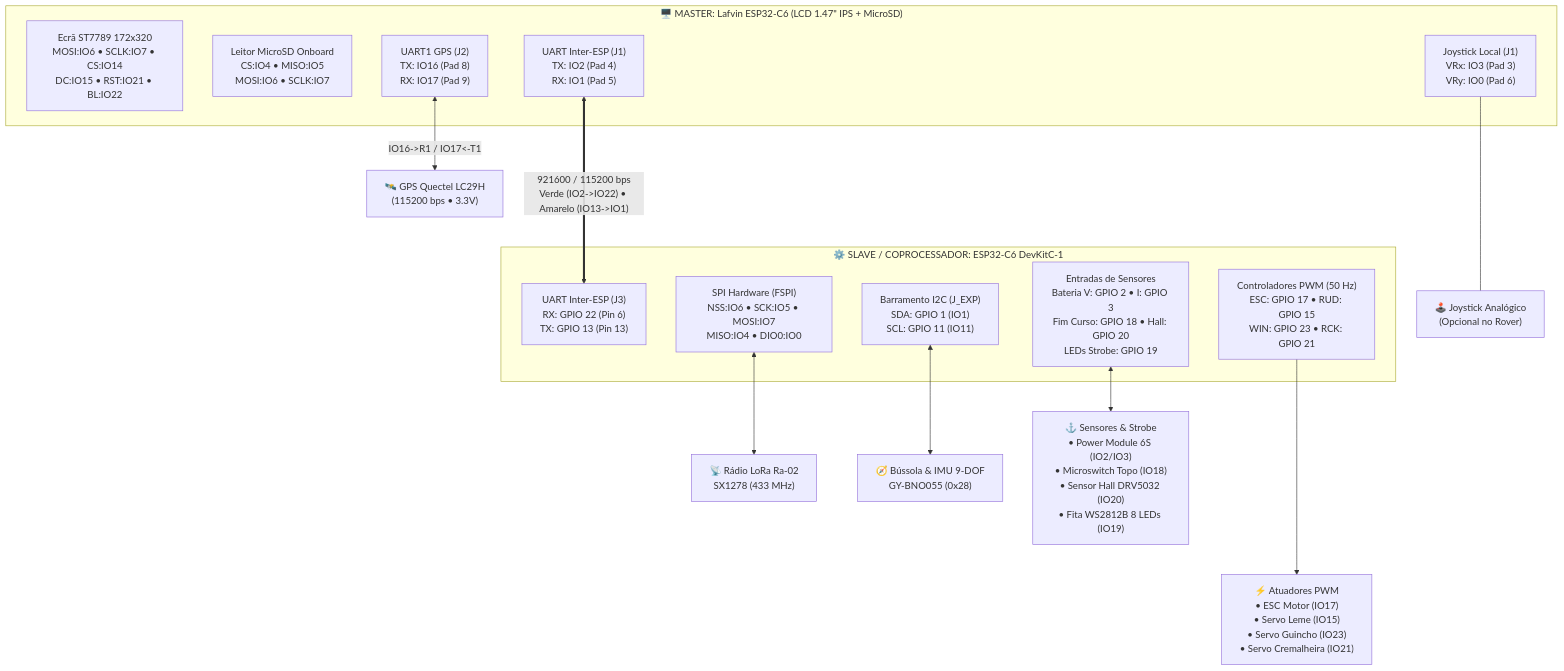
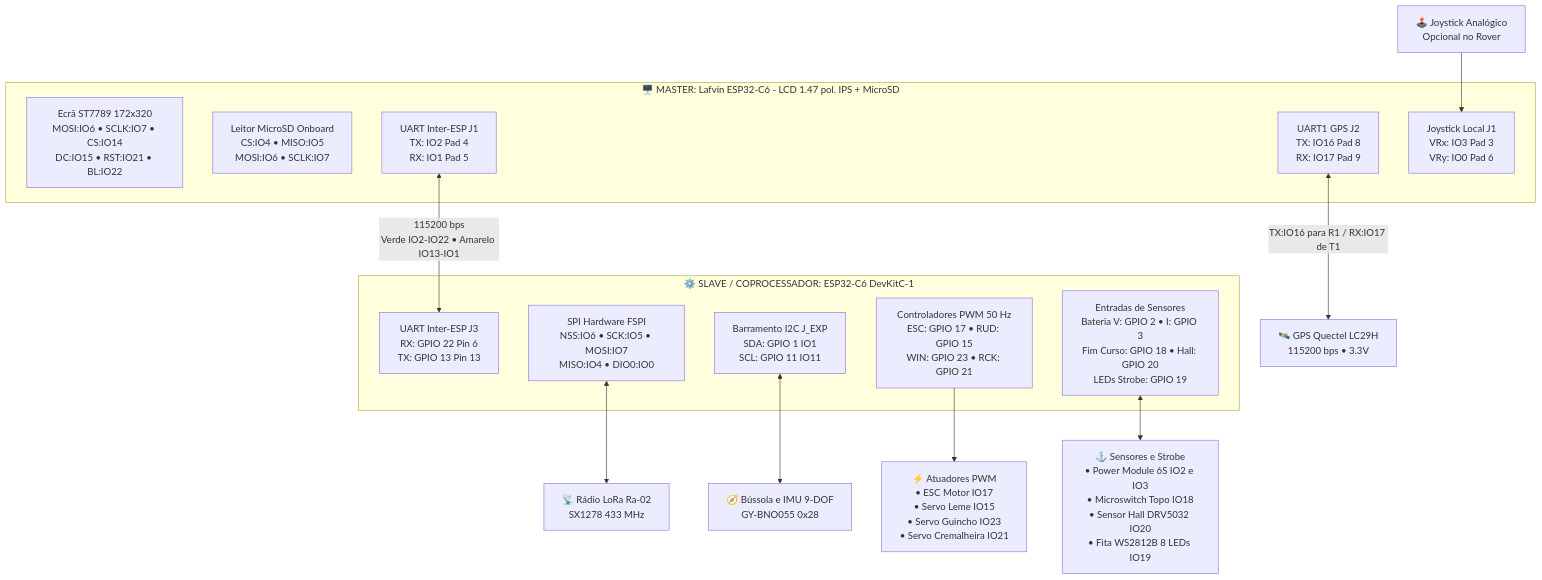
One commit to tiagojanz/winddragons_rover changed the third of 4 diagrams in README.md. Above: the diagram before and after it, drawn with Mermaid. The commit also changed other lines of this file, not shown here.

````diff
--- a/README.md
+++ b/README.md
@@ -96,38 +96,35 @@
 ```mermaid
 flowchart TB
-  subgraph MASTER["🖥️ MASTER: Lafvin ESP32-C6 (LCD 1.47&quot; IPS + MicroSD)"]
+  subgraph MASTER["🖥️ MASTER: Lafvin ESP32-C6 - LCD 1.47 pol. IPS + MicroSD"]
     LCD["Ecrã ST7789 172x320<br/>MOSI:IO6 • SCLK:IO7 • CS:IO14<br/>DC:IO15 • RST:IO21 • BL:IO22"]
     SD["Leitor MicroSD Onboard<br/>CS:IO4 • MISO:IO5<br/>MOSI:IO6 • SCLK:IO7"]
-    M_UART["UART Inter-ESP (J1)<br/>TX: IO2 (Pad 4)<br/>RX: IO1 (Pad 5)"]
-    M_GPS["UART1 GPS (J2)<br/>TX: IO16 (Pad 8)<br/>RX: IO17 (Pad 9)"]
-    M_JOY["Joystick Local (J1)<br/>VRx: IO3 (Pad 3)<br/>VRy: IO0 (Pad 6)"]
+    M_UART["UART Inter-ESP J1<br/>TX: IO2 Pad 4<br/>RX: IO1 Pad 5"]
+    M_GPS["UART1 GPS J2<br/>TX: IO16 Pad 8<br/>RX: IO17 Pad 9"]
+    M_JOY["Joystick Local J1<br/>VRx: IO3 Pad 3<br/>VRy: IO0 Pad 6"]
   end
 
   subgraph SLAVE["⚙️ SLAVE / COPROCESSADOR: ESP32-C6 DevKitC-1"]
-    S_UART["UART Inter-ESP (J3)<br/>RX: GPIO 22 (Pin 6)<br/>TX: GPIO 13 (Pin 13)"]
-    S_LORA["SPI Hardware (FSPI)<br/>NSS:IO6 • SCK:IO5 • MOSI:IO7<br/>MISO:IO4 • DIO0:IO0"]
-    S_I2C["Barramento I2C (J_EXP)<br/>SDA: GPIO 1 (IO1)<br/>SCL: GPIO 11 (IO11)"]
-    S_PWM["Controladores PWM (50 Hz)<br/>ESC: GPIO 17 • RUD: GPIO 15<br/>WIN: GPIO 23 • RCK: GPIO 21"]
+    S_UART["UART Inter-ESP J3<br/>RX: GPIO 22 Pin 6<br/>TX: GPIO 13 Pin 13"]
+    S_LORA["SPI Hardware FSPI<br/>NSS:IO6 • SCK:IO5 • MOSI:IO7<br/>MISO:IO4 • DIO0:IO0"]
+    S_I2C["Barramento I2C J_EXP<br/>SDA: GPIO 1 IO1<br/>SCL: GPIO 11 IO11"]
+    S_PWM["Controladores PWM 50 Hz<br/>ESC: GPIO 17 • RUD: GPIO 15<br/>WIN: GPIO 23 • RCK: GPIO 21"]
     S_SENS["Entradas de Sensores<br/>Bateria V: GPIO 2 • I: GPIO 3<br/>Fim Curso: GPIO 18 • Hall: GPIO 20<br/>LEDs Strobe: GPIO 19"]
   end
 
-  %% Ligações Externas Master
-  GPS_MOD["🛰️ GPS Quectel LC29H<br/>(115200 bps • 3.3V)"]
-  JOY_MOD["🕹️ Joystick Analógico<br/>(Opcional no Rover)"]
-  M_GPS <-->|"IO16->R1 / IO17<-T1"| GPS_MOD
-  M_JOY <--- JOY_MOD
+  GPS_MOD["🛰️ GPS Quectel LC29H<br/>115200 bps • 3.3V"]
+  JOY_MOD["🕹️ Joystick Analógico<br/>Opcional no Rover"]
+  M_GPS <-->|"TX:IO16 para R1 / RX:IO17 de T1"| GPS_MOD
+  JOY_MOD --> M_JOY
 
-  %% Link Inter-ESP
-  M_UART <===>|"921600 / 115200 bps<br/>Verde (IO2->IO22) • Amarelo (IO13->IO1)"| S_UART
+  M_UART <-->|"115200 bps<br/>Verde IO2-IO22 • Amarelo IO13-IO1"| S_UART
 
-  %% Ligações Externas Slave
-  LORA_MOD["📡 Rádio LoRa Ra-02<br/>SX1278 (433 MHz)"]
-  BNO_MOD["🧭 Bússola &amp; IMU 9-DOF<br/>GY-BNO055 (0x28)"]
-  ACT_MOD["⚡ Atuadores PWM<br/>• ESC Motor (IO17)<br/>• Servo Leme (IO15)<br/>• Servo Guincho (IO23)<br/>• Servo Cremalheira (IO21)"]
-  ANCH_MOD["⚓ Sensores &amp; Strobe<br/>• Power Module 6S (IO2/IO3)<br/>• Microswitch Topo (IO18)<br/>• Sensor Hall DRV5032 (IO20)<br/>• Fita WS2812B 8 LEDs (IO19)"]
+  LORA_MOD["📡 Rádio LoRa Ra-02<br/>SX1278 433 MHz"]
+  BNO_MOD["🧭 Bússola e IMU 9-DOF<br/>GY-BNO055 0x28"]
+  ACT_MOD["⚡ Atuadores PWM<br/>• ESC Motor IO17<br/>• Servo Leme IO15<br/>• Servo Guincho IO23<br/>• Servo Cremalheira IO21"]
+  ANCH_MOD["⚓ Sensores e Strobe<br/>• Power Module 6S IO2 e IO3<br/>• Microswitch Topo IO18<br/>• Sensor Hall DRV5032 IO20<br/>• Fita WS2812B 8 LEDs IO19"]
 
   S_LORA <--> LORA_MOD
   S_I2C <--> BNO_MOD
-  S_PWM ---> ACT_MOD
+  S_PWM --> ACT_MOD
   S_SENS <--> ANCH_MOD
 ```
````
